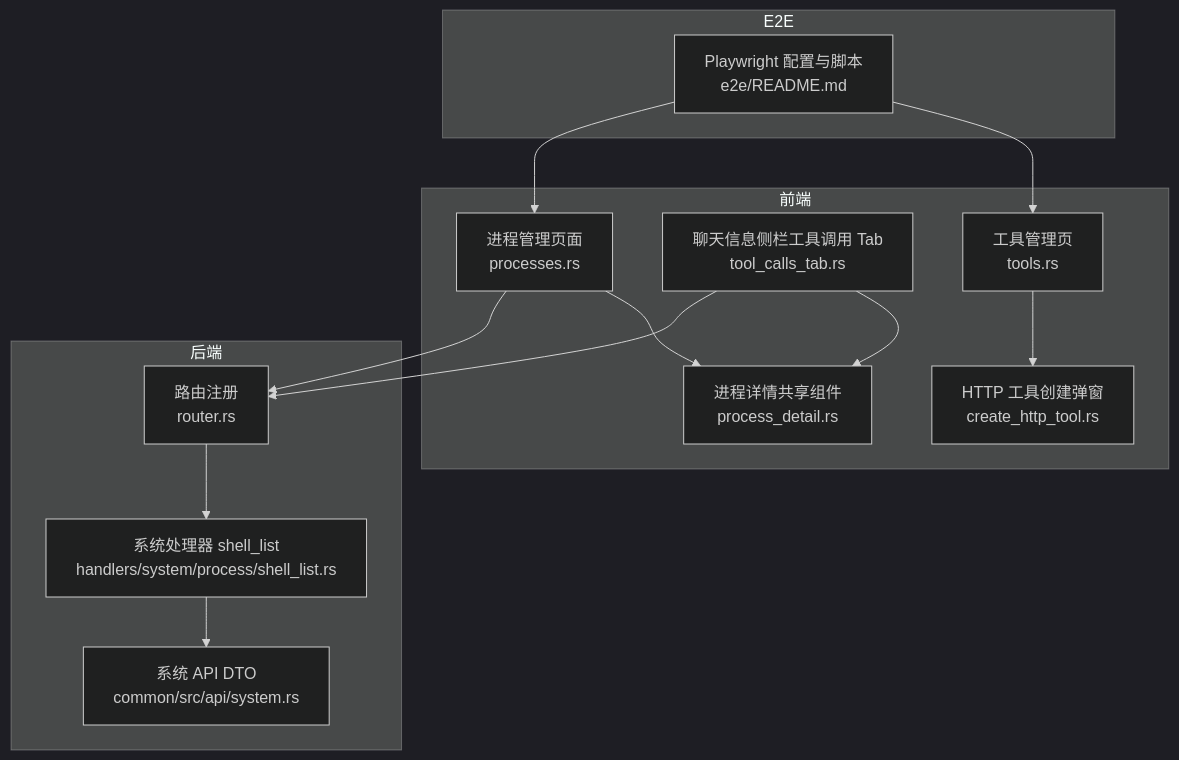
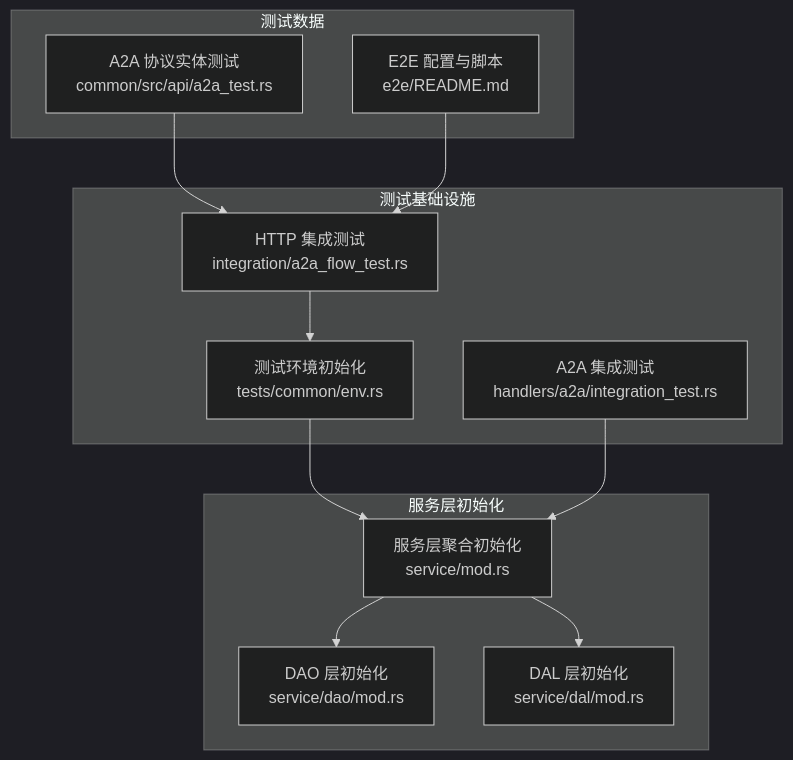
The first of 5 diagrams in .qoder/repowiki/zh/content/测试指南/端到端测试基础设施.md (runningcoders/ai_orz), drawn with Mermaid (dark theme) before and after one commit. The commit also changed other lines of this file and 5 other files, not shown here.

````diff
--- a/.qoder/repowiki/zh/content/测试指南/端到端测试基础设施.md
+++ b/.qoder/repowiki/zh/content/测试指南/端到端测试基础设施.md
@@ -38,27 +45,24 @@
 ```mermaid
 graph TB
-subgraph "前端"
-A["工具管理页<br/>tools.rs"]
-B["HTTP 工具创建弹窗<br/>create_http_tool.rs"]
-C["聊天信息侧栏工具调用 Tab<br/>tool_calls_tab.rs"]
-D["进程管理页面<br/>processes.rs"]
-E["进程详情共享组件<br/>process_detail.rs"]
+subgraph "测试基础设施"
+A["测试环境初始化<br/>tests/common/env.rs"]
+B["A2A 集成测试<br/>handlers/a2a/integration_test.rs"]
+C["HTTP 集成测试<br/>integration/a2a_flow_test.rs"]
 end
-subgraph "后端"
-R["路由注册<br/>router.rs"]
-H["系统处理器 shell_list<br/>handlers/system/process/shell_list.rs"]
-API["系统 API DTO<br/>common/src/api/system.rs"]
+subgraph "服务层初始化"
+D["服务层聚合初始化<br/>service/mod.rs"]
+E["DAO 层初始化<br/>service/dao/mod.rs"]
+F["DAL 层初始化<br/>service/dal/mod.rs"]
 end
-subgraph "E2E"
-P["Playwright 配置与脚本<br/>e2e/README.md"]
+subgraph "测试数据"
+G["A2A 协议实体测试<br/>common/src/api/a2a_test.rs"]
+H["E2E 配置与脚本<br/>e2e/README.md"]
 end
-A --> B
-C --> E
+A --> D
+B --> D
+C --> A
 D --> E
-C --> R
-D --> R
-R --> H
-H --> API
-P --> A
-P --> D
+D --> F
+G --> C
+H --> C
 ```
````
